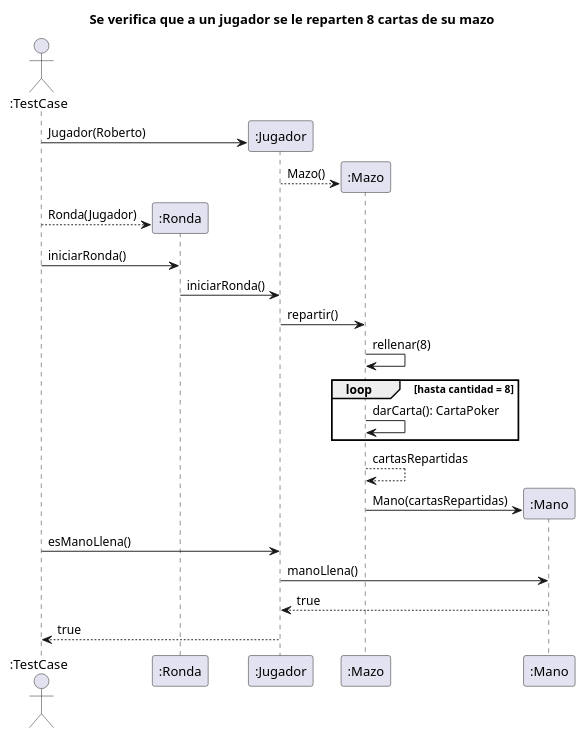
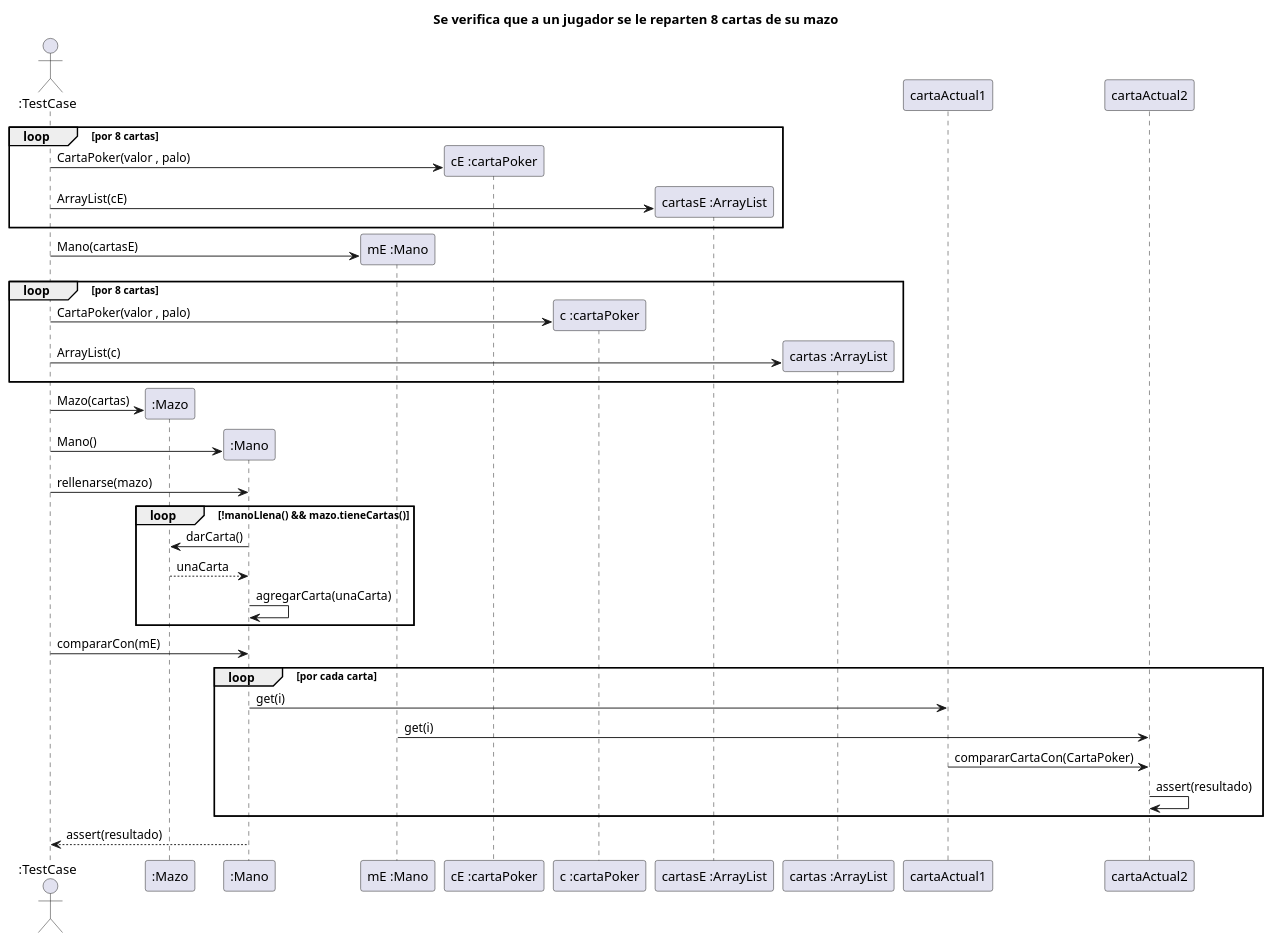
The diagram in diagrams/sequences/Entrega1/test02.puml (carruizdiaz1109/UBAlatro), drawn with PlantUML before and after one commit.

Commit message:
+diagramaSecuencia test02

```diff
--- a/diagrams/sequences/Entrega1/test02.puml
+++ b/diagrams/sequences/Entrega1/test02.puml
@@ -1,30 +1,47 @@
 @startuml
 'https://plantuml.com/sequence-diagram
 
 title Se verifica que a un jugador se le reparten 8 cartas de su mazo
 
 actor ":TestCase" as user
-participant ":Ronda" as ronda
-participant ":Jugador" as jugador
 participant ":Mazo" as mazo
 participant ":Mano" as mano
+participant "mE :Mano" as manoE
+participant "cE :cartaPoker" as cartaE
+participant "c :cartaPoker" as carta
+participant "cartasE :ArrayList" as listaE
+participant "cartas :ArrayList" as lista
 
-user -> jugador**: Jugador(Roberto)
-    jugador --> mazo **: Mazo()
+loop por 8 cartas
+    user -> cartaE**: CartaPoker(valor , palo)
+    user -> listaE**: ArrayList(cE)
+end
 
-user --> ronda**: Ronda(Jugador)
+user -> manoE**: Mano(cartasE)
 
-user -> ronda: iniciarRonda()
-    ronda -> jugador: iniciarRonda()
-        jugador -> mazo: repartir()
-            mazo -> mazo: rellenar(8)
-                loop hasta cantidad = 8
-                    mazo -> mazo: darCarta(): CartaPoker
-                end
-            mazo --> mazo: cartasRepartidas
-        mazo -> mano**: Mano(cartasRepartidas)
-user -> jugador: esManoLlena()
-    jugador -> mano: manoLlena()
-    mano --> jugador: true
-jugador --> user: true
+loop por 8 cartas
+    user -> carta**: CartaPoker(valor , palo)
+    user -> lista**: ArrayList(c)
+end
+
+user -> mazo**: Mazo(cartas)
+
+user -> mano**: Mano()
+user -> mano: rellenarse(mazo)
+
+loop !manoLlena() && mazo.tieneCartas()
+    mano -> mazo: darCarta()
+    mazo --> mano: unaCarta
+    mano -> mano: agregarCarta(unaCarta)
+end
+
+
+user -> mano: compararCon(mE)
+loop por cada carta
+    mano -> cartaActual1: get(i)
+    manoE -> cartaActual2: get(i)
+    cartaActual1 -> cartaActual2: compararCartaCon(CartaPoker)
+    cartaActual2 -> cartaActual2: assert(resultado)
+end
+mano --> user: assert(resultado)
 @enduml
```
